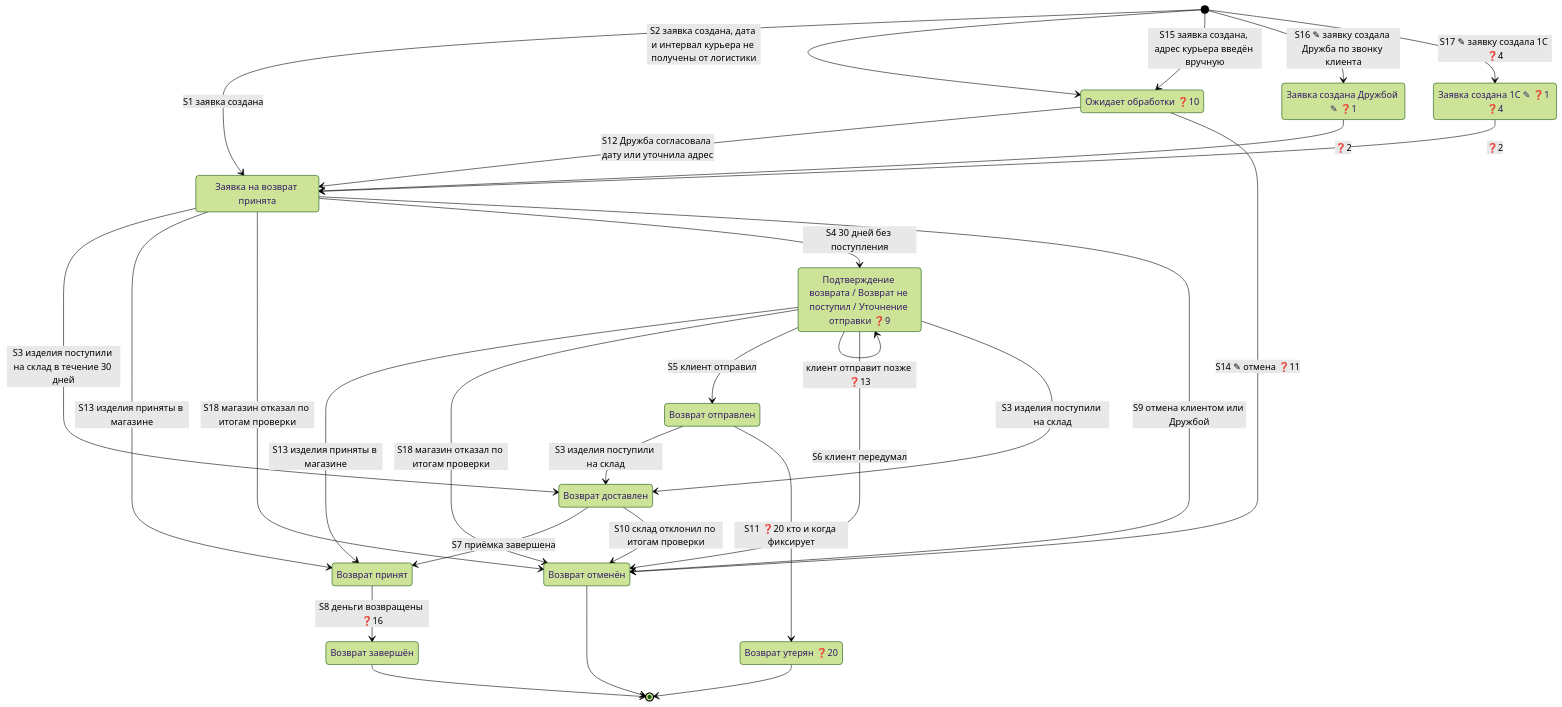
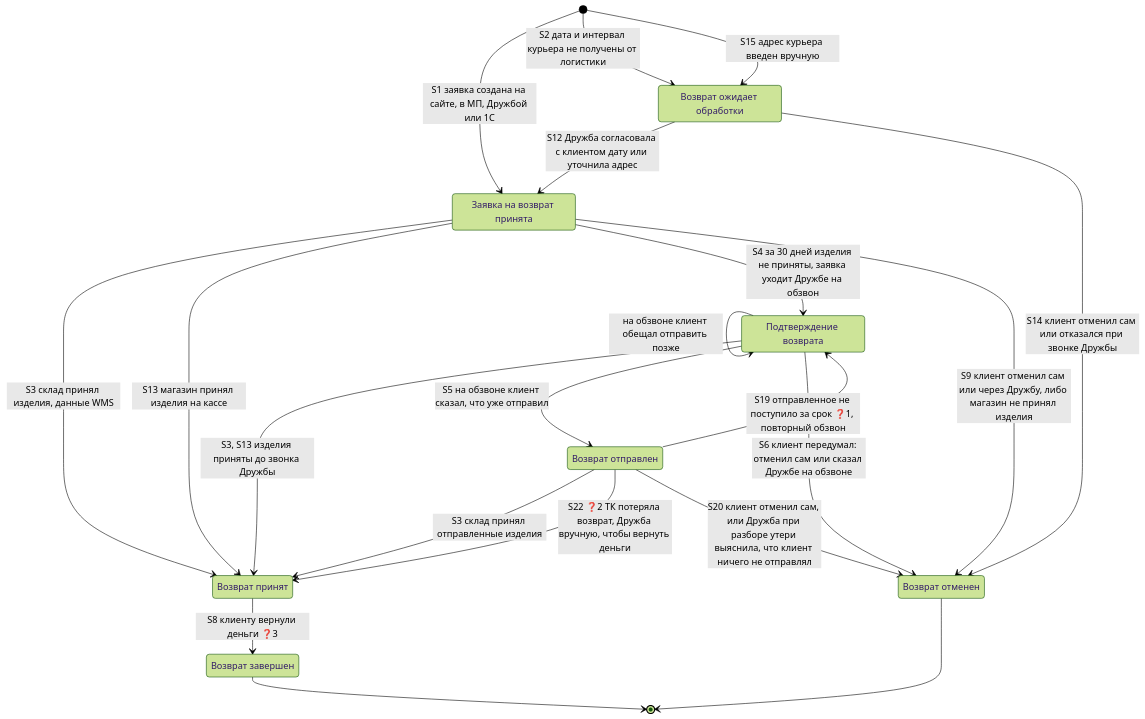
The first of 3 diagrams in projects/returns-2.0/requirements/diagrams/state/return-status_state_wiki.md (Terinss155/opencode-agents-analysis), drawn with Mermaid (forest theme) before and after one commit. The commit also changed other lines of this file and 371 other files, not shown here.

````diff
--- a/projects/returns-2.0/requirements/diagrams/state/return-status_state_wiki.md
+++ b/projects/returns-2.0/requirements/diagrams/state/return-status_state_wiki.md
@@ -21,45 +22,33 @@
 ```mermaid
 stateDiagram-v2
     direction TB
 
+    state "Возврат ожидает обработки" as Pending
     state "Заявка на возврат принята" as Accepted
-    state "Ожидает обработки ❓10" as Pending
-    state "Подтверждение возврата / Возврат не поступил / Уточнение отправки ❓9" as Confirm
+    state "Подтверждение возврата" as Confirm
     state "Возврат отправлен" as Sent
-    state "Возврат доставлен" as Delivered
     state "Возврат принят" as Received
-    state "Возврат завершён" as Completed
-    state "Возврат отменён" as Cancelled
-    state "Заявка создана Дружбой ✎ ❓1" as CreatedFriends
-    state "Заявка создана 1С ✎ ❓1 ❓4" as Created1C
-    state "Возврат утерян ❓20" as Lost
+    state "Возврат завершен" as Completed
+    state "Возврат отменен" as Cancelled
 
-    [*] --> Accepted : S1 заявка создана
-    [*] --> Pending : S2 заявка создана, дата и интервал курьера не получены от логистики
-    [*] --> Pending : S15 заявка создана, адрес курьера введён вручную
-    [*] --> CreatedFriends : S16 ✎ заявку создала Дружба по звонку клиента
-    [*] --> Created1C : S17 ✎ заявку создала 1С ❓4
-    CreatedFriends --> Accepted : ❓2
-    Created1C --> Accepted : ❓2
-    Pending --> Accepted : S12 Дружба согласовала дату или уточнила адрес
-    Pending --> Cancelled : S14 ✎ отмена ❓11
-    Accepted --> Delivered : S3 изделия поступили на склад в течение 30 дней
-    Accepted --> Received : S13 изделия приняты в магазине
-    Confirm --> Received : S13 изделия приняты в магазине
-    Accepted --> Cancelled : S18 магазин отказал по итогам проверки
-    Confirm --> Cancelled : S18 магазин отказал по итогам проверки
-    Accepted --> Confirm : S4 30 дней без поступления
-    Confirm --> Sent : S5 клиент отправил
-    Confirm --> Cancelled : S6 клиент передумал
-    Confirm --> Confirm : клиент отправит позже ❓13
-    Sent --> Delivered : S3 изделия поступили на склад
-    Confirm --> Delivered : S3 изделия поступили на склад
-    Delivered --> Received : S7 приёмка завершена
-    Received --> Completed : S8 деньги возвращены ❓16
-    Accepted --> Cancelled : S9 отмена клиентом или Дружбой
-    Delivered --> Cancelled : S10 склад отклонил по итогам проверки
-    Sent --> Lost : S11 ❓20 кто и когда фиксирует
+    [*] --> Accepted : S1 заявка создана на сайте, в МП, Дружбой или 1С
+    [*] --> Pending : S2 дата и интервал курьера не получены от логистики
+    [*] --> Pending : S15 адрес курьера введен вручную
+    Pending --> Accepted : S12 Дружба согласовала с клиентом дату или уточнила адрес
+    Accepted --> Received : S3 склад принял изделия, данные WMS
+    Accepted --> Received : S13 магазин принял изделия на кассе
+    Accepted --> Confirm : S4 за 30 дней изделия не приняты, заявка уходит Дружбе на обзвон
+    Confirm --> Received : S3, S13 изделия приняты до звонка Дружбы
+    Confirm --> Sent : S5 на обзвоне клиент сказал, что уже отправил
+    Confirm --> Confirm : на обзвоне клиент обещал отправить позже
+    Sent --> Received : S3 склад принял отправленные изделия
+    Sent --> Confirm : S19 отправленное не поступило за срок ❓1, повторный обзвон
+    Received --> Completed : S8 клиенту вернули деньги ❓3
+    Pending --> Cancelled : S14 клиент отменил сам или отказался при звонке Дружбы
+    Accepted --> Cancelled : S9 клиент отменил сам или через Дружбу, либо магазин не принял изделия
+    Confirm --> Cancelled : S6 клиент передумал: отменил сам или сказал Дружбе на обзвоне
+    Sent --> Received : S22 ❓2 ТК потеряла возврат, Дружба вручную, чтобы вернуть деньги
+    Sent --> Cancelled : S20 клиент отменил сам, или Дружба при разборе утери выяснила, что клиент ничего не отправлял
     Completed --> [*]
     Cancelled --> [*]
-    Lost --> [*]
 ```
````
